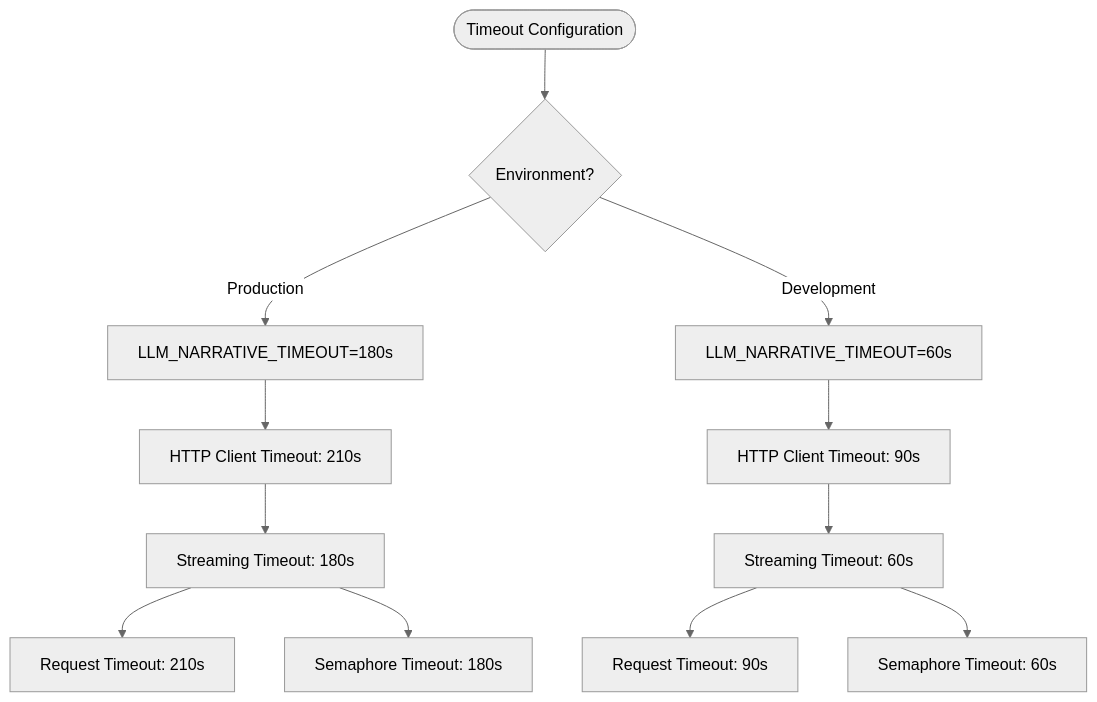
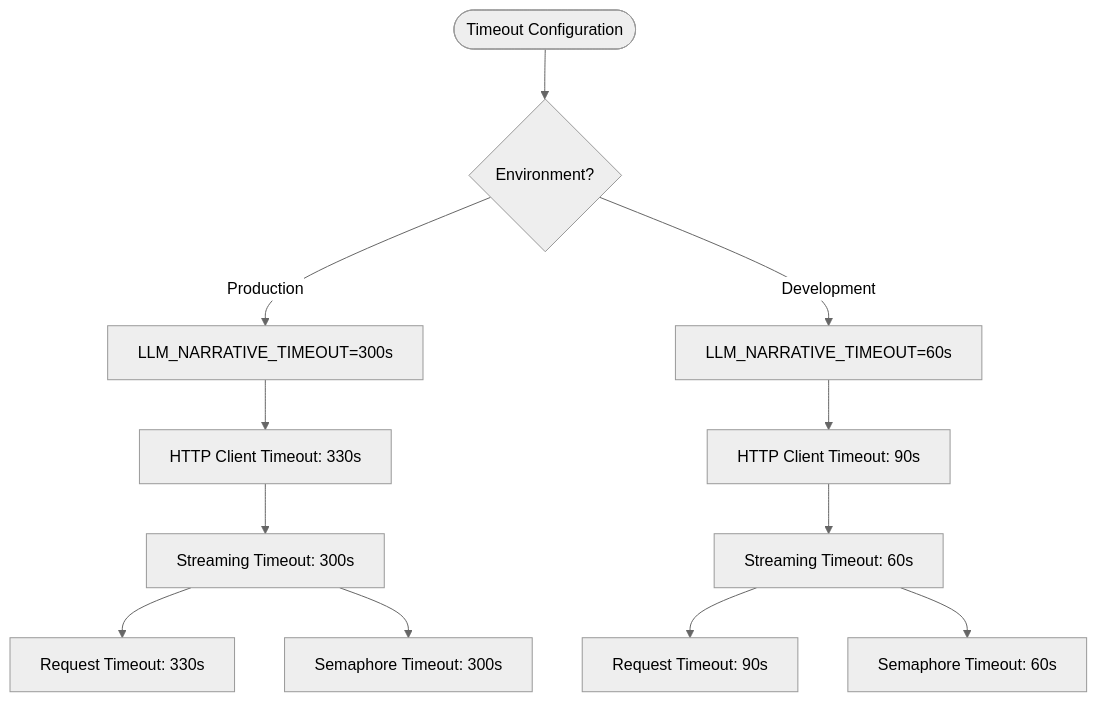
The fifth of 15 diagrams in .qoder/repowiki/en/content/Analysis Engine/LLM Service Integration.md (Revanththetalogics/aireume), drawn with Mermaid (neutral theme) before and after one commit. The commit also changed other lines of this file and 11 other files, not shown here.

````diff
--- a/.qoder/repowiki/en/content/Analysis Engine/LLM Service Integration.md
+++ b/.qoder/repowiki/en/content/Analysis Engine/LLM Service Integration.md
@@ -232,14 +300,14 @@
 ```mermaid
 flowchart TD
 Start(["Timeout Configuration"]) --> EnvCheck{"Environment?"}
-EnvCheck --> |Production| ProdTimeout["LLM_NARRATIVE_TIMEOUT=180s"]
+EnvCheck --> |Production| ProdTimeout["LLM_NARRATIVE_TIMEOUT=300s"]
 EnvCheck --> |Development| DevTimeout["LLM_NARRATIVE_TIMEOUT=60s"]
-ProdTimeout --> HTTPTimeout["HTTP Client Timeout: 210s"]
+ProdTimeout --> HTTPTimeout["HTTP Client Timeout: 330s"]
 DevTimeout --> HTTPTimeout2["HTTP Client Timeout: 90s"]
-HTTPTimeout --> StreamTimeout["Streaming Timeout: 180s"]
+HTTPTimeout --> StreamTimeout["Streaming Timeout: 300s"]
 HTTPTimeout2 --> StreamTimeout2["Streaming Timeout: 60s"]
-StreamTimeout --> RequestTimeout["Request Timeout: 210s"]
+StreamTimeout --> RequestTimeout["Request Timeout: 330s"]
 StreamTimeout2 --> RequestTimeout2["Request Timeout: 90s"]
-StreamTimeout --> SemaphoreTimeout["Semaphore Timeout: 180s"]
+StreamTimeout --> SemaphoreTimeout["Semaphore Timeout: 300s"]
 StreamTimeout2 --> SemaphoreTimeout2["Semaphore Timeout: 60s"]
 ```
````
